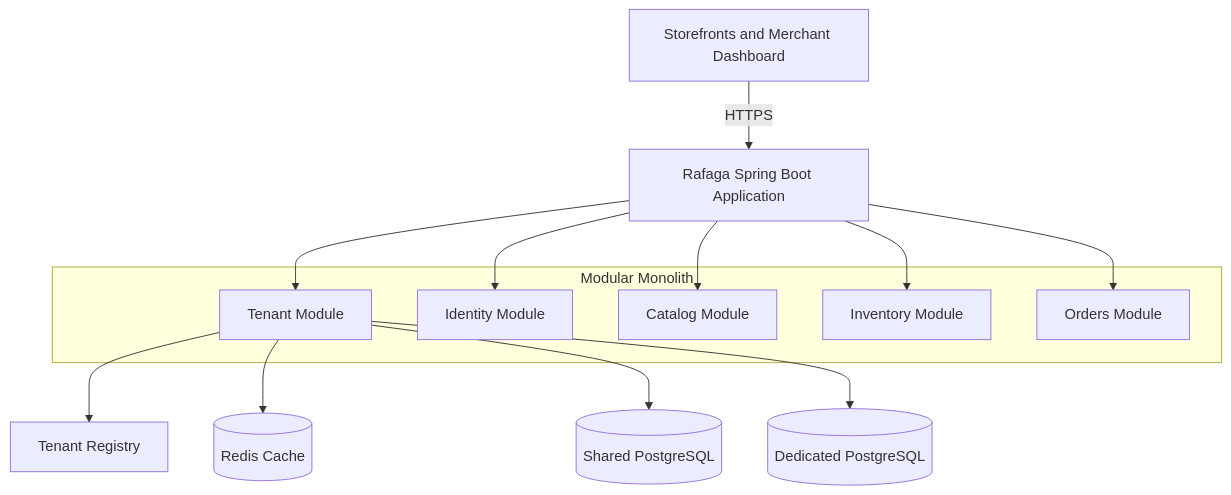
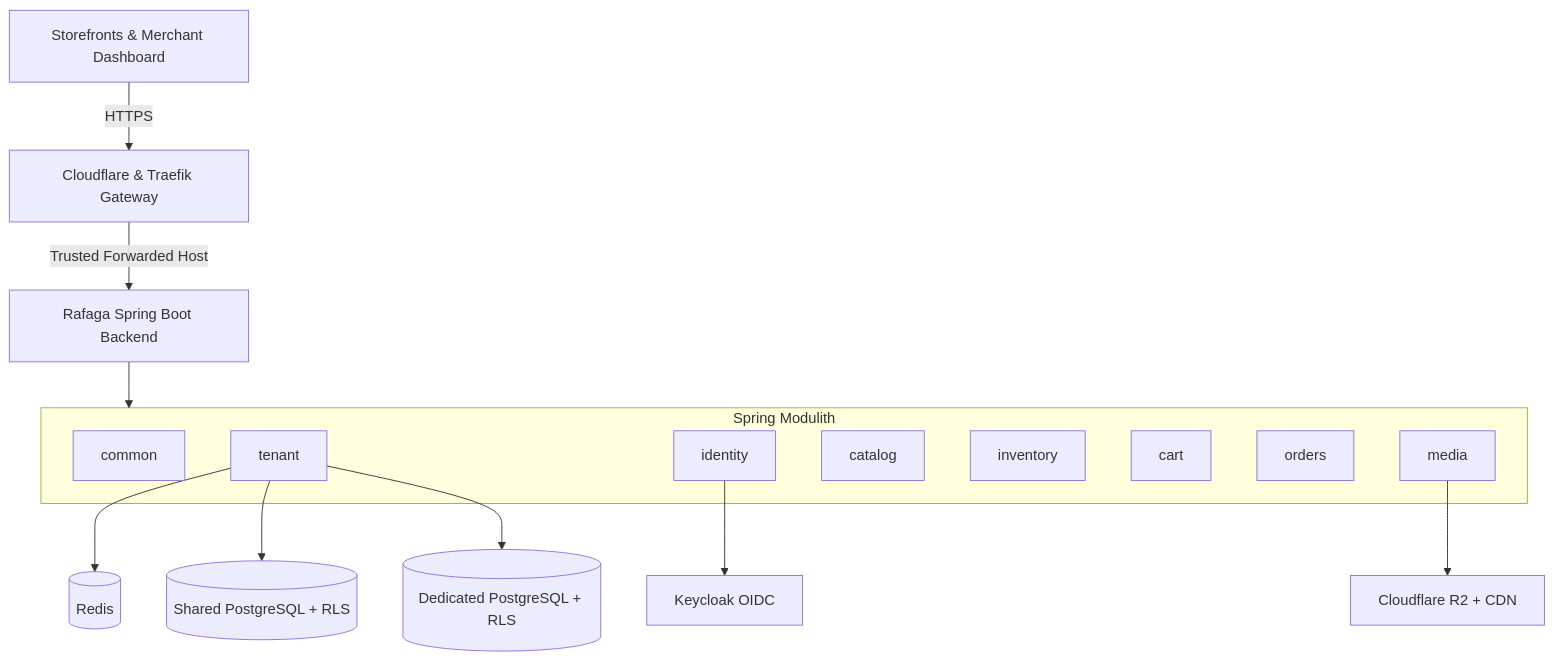
One commit to edwin-dev31/rafaga changed the diagram in README.md. Above: the diagram before and after it, drawn with Mermaid. The commit also changed other lines of this file and 18 other files, not shown here.

````diff
--- a/README.md
+++ b/README.md
@@ -14,23 +29,23 @@
 ```mermaid
 flowchart TB
-    clients[Storefronts and Merchant Dashboard] -->|HTTPS| app[Rafaga Spring Boot Application]
+    clients[Storefronts & Merchant Dashboard] -->|HTTPS| edge[Cloudflare & Traefik Gateway]
+    edge -->|Trusted Forwarded Host| app[Rafaga Spring Boot Backend]
 
-    subgraph modules["Modular Monolith"]
-        tenant[Tenant Module]
-        identity[Identity Module]
-        catalog[Catalog Module]
-        inventory[Inventory Module]
-        orders[Orders Module]
+    subgraph monolith["Spring Modulith"]
+        common[common]
+        tenant[tenant]
+        identity[identity]
+        catalog[catalog]
+        inventory[inventory]
+        cart[cart]
+        orders[orders]
+        media[media]
     end
 
-    app --> tenant
-    app --> identity
-    app --> catalog
-    app --> inventory
-    app --> orders
-
-    tenant --> registry[Tenant Registry]
-    tenant --> cache[(Redis Cache)]
-    tenant --> shared[(Shared PostgreSQL)]
-    tenant --> dedicated[(Dedicated PostgreSQL)]
+    app --> monolith
+    tenant --> cache[(Redis)]
+    tenant --> shared[(Shared PostgreSQL + RLS)]
+    tenant --> dedicated[(Dedicated PostgreSQL + RLS)]
+    identity --> keycloak[Keycloak OIDC]
+    media --> r2[Cloudflare R2 + CDN]
 ```
````
